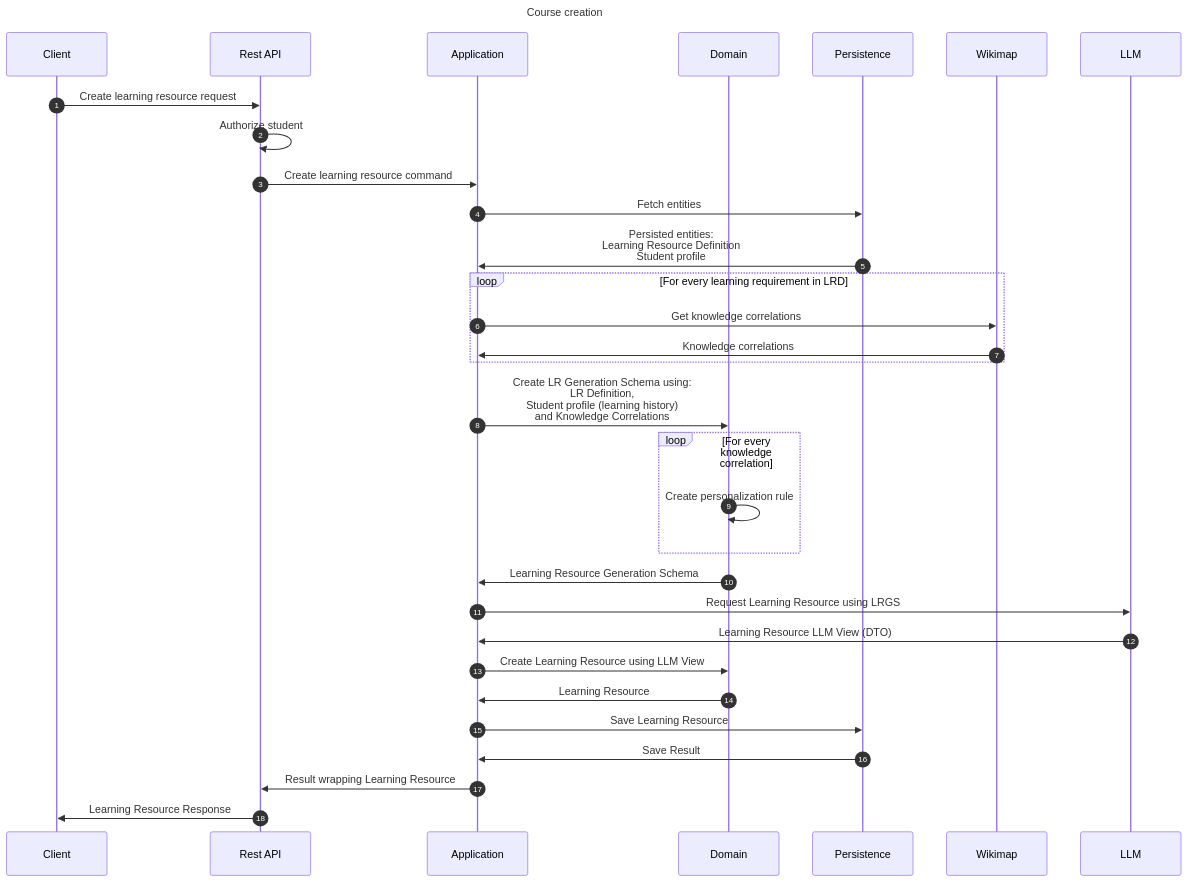
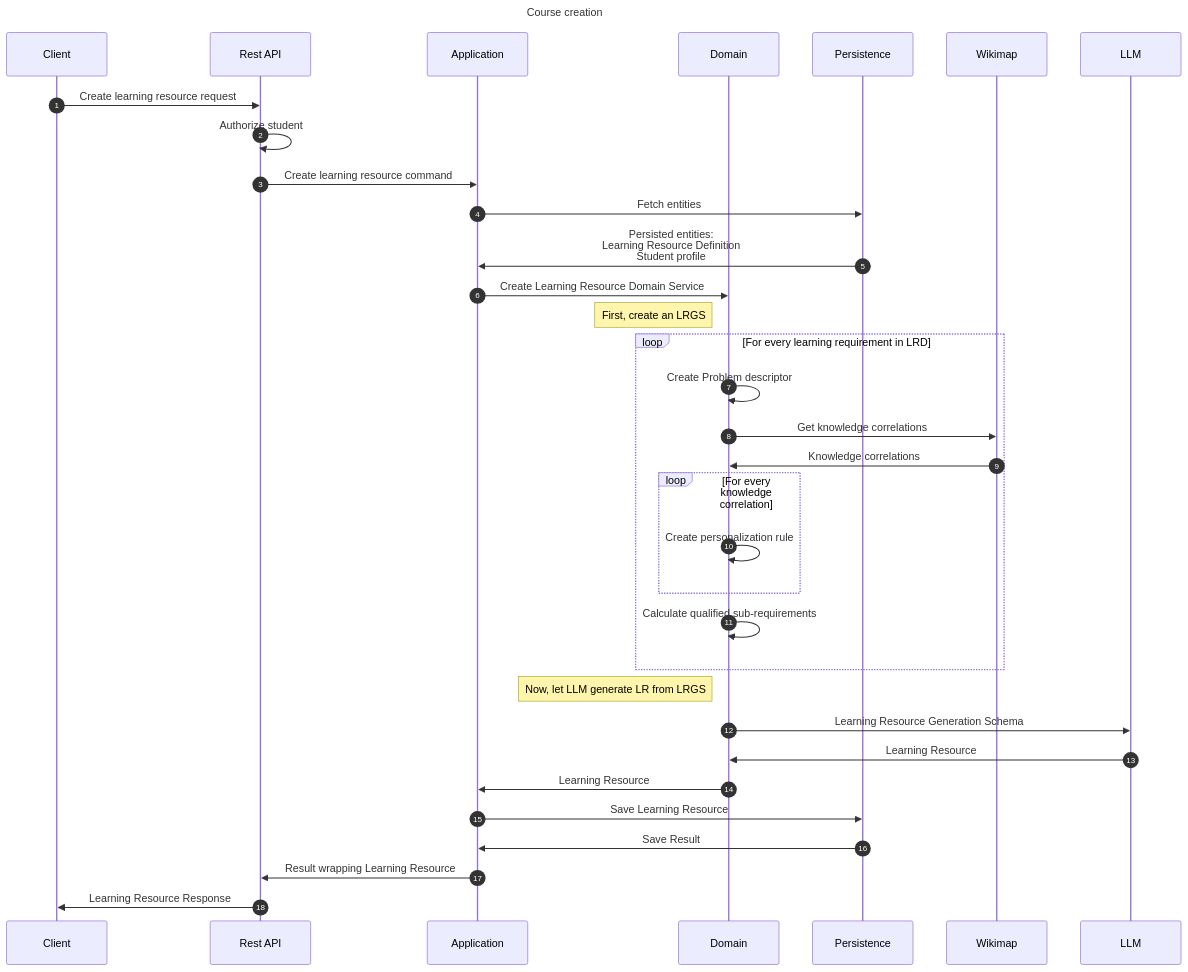
Before and after one commit to EdutieProject/edutie-backend: the diagram in docs/edutie/flows/learning/CreateLearningResource.md, drawn with Mermaid. The commit also changed other lines of this file and 15 other files, not shown here.

Commit message:
CreateLearningResource implementation

````diff
--- a/docs/edutie/flows/learning/CreateLearningResource.md
+++ b/docs/edutie/flows/learning/CreateLearningResource.md
@@ -6,38 +6,40 @@
 ```mermaid
 ---
 title: Course creation
 ---
 sequenceDiagram
     participant Client
     participant Rest API
     participant Application
     participant Domain
     participant Persistence
     participant Wikimap
     participant LLM
     autonumber
     
     Client->>Rest API: Create learning resource request
     Rest API->>Rest API: Authorize student
     Rest API->>Application: Create learning resource command
     Application->>Persistence: Fetch entities
     Persistence->>Application: Persisted entities:<br/>Learning Resource Definition<br/>Student profile
+    Application->>Domain: Create Learning Resource Domain Service
+   note left of Domain: First, create an LRGS
     loop For every learning requirement in LRD
-        Application->>Wikimap: Get knowledge correlations
-        Wikimap->>Application: Knowledge correlations
+        Domain->>Domain: Create Problem descriptor
+        Domain->>Wikimap: Get knowledge correlations
+        Wikimap->>Domain: Knowledge correlations
+        loop For every knowledge correlation
+            Domain->>Domain: Create personalization rule
+        end
+        Domain->>Domain: Calculate qualified sub-requirements
     end
-    Application->>Domain: Create LR Generation Schema using:<br/> LR Definition,<br/>Student profile (learning history) <br/>and Knowledge Correlations
-    loop For every knowledge correlation
-      Domain->>Domain: Create personalization rule
-    end
-    Domain->>Application: Learning Resource Generation Schema
-    Application->>LLM: Request Learning Resource using LRGS
-    LLM->>Application: Learning Resource LLM View (DTO)
-    Application->>Domain: Create Learning Resource using LLM View
+    note left of Domain: Now, let LLM generate LR from LRGS
+    Domain->>LLM: Learning Resource Generation Schema
+    LLM->>Domain: Learning Resource
     Domain->>Application: Learning Resource
     Application->>Persistence: Save Learning Resource
     Persistence->>Application: Save Result
     Application->>Rest API: Result wrapping Learning Resource
     Rest API->>Client: Learning Resource Response
 
 ```
````
